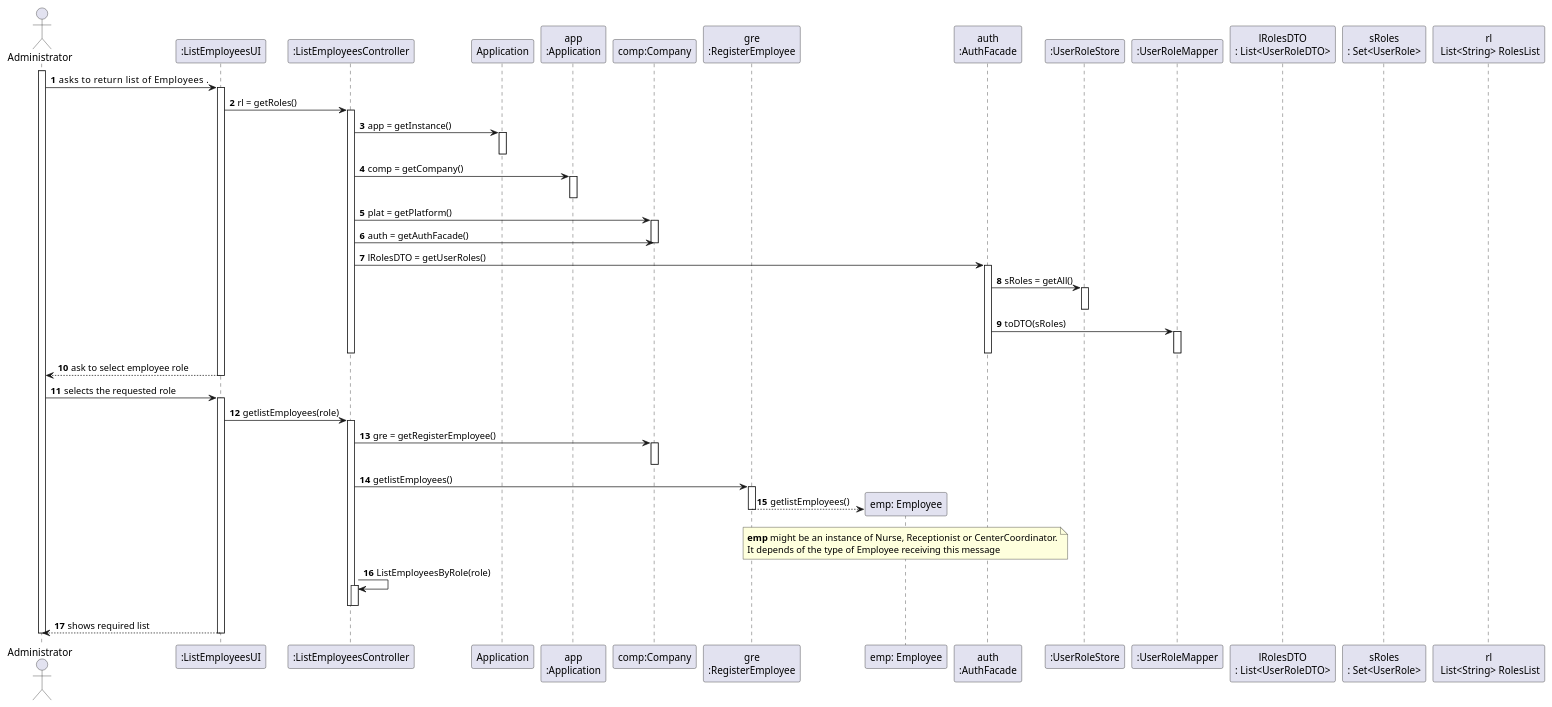
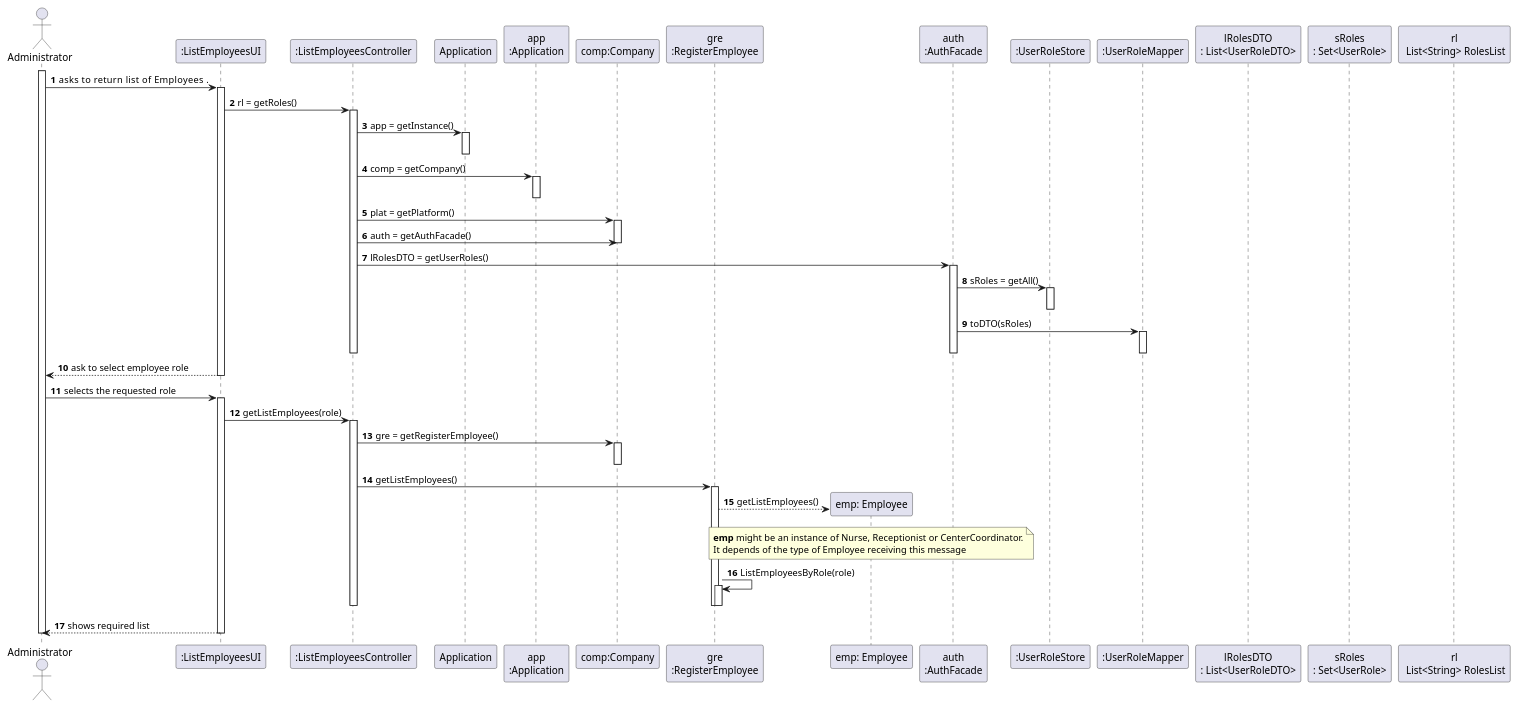
One commit to diogonapoles/isep-lapr2 changed the diagram in docs/SprintB/UserStories/US11/US11_SD.puml. Above: the diagram before and after it, drawn with PlantUML. The commit also changed 4 other files, not shown here.

```diff
--- a/docs/SprintB/UserStories/US11/US11_SD.puml
+++ b/docs/SprintB/UserStories/US11/US11_SD.puml
@@ -1,102 +1,103 @@
 @startuml
 autonumber
 actor "Administrator" as ADM
 
 
 participant ":ListEmployeesUI" as UI
 participant ":ListEmployeesController" as CTRL
 participant ":ListEmployeesUI" as UI
 participant ":ListEmployeesController" as CTRL
 participant "Application" as APP
 participant "app\n:Application" as App
 participant "comp:Company" as COMP
 participant "gre\n:RegisterEmployee" as RE
 participant "emp: Employee" as EMP
 participant "auth\n:AuthFacade" as AF
 participant ":UserRoleStore" as URS
 participant ":UserRoleMapper" as URM
 participant "lRolesDTO\n: List<UserRoleDTO>" as lRDTO
 participant "sRoles\n: Set<UserRole>" as SR
 participant "rl\n List<String> RolesList" as rl
 
 
 activate ADM
 
 ADM -> UI : asks to return list of Employees     .
 activate UI
 
 UI -> CTRL : rl = getRoles()
 activate CTRL
 
 CTRL -> APP : app = getInstance()
 activate APP
 deactivate APP
 
 CTRL -> App : comp = getCompany()
 activate App
 deactivate App
 
 CTRL -> COMP : plat = getPlatform()
 activate COMP
 
 CTRL -> COMP: auth = getAuthFacade()
 deactivate COMP
 
 CTRL -> AF : lRolesDTO = getUserRoles()
 activate AF
 
 AF -> URS : sRoles = getAll()
 activate URS
 deactivate URS
 
 AF -> URM :  toDTO(sRoles)
 activate URM
 
 deactivate URM
 deactivate AF
 deactivate CTRL
 
 UI --> ADM : ask to select employee role
 deactivate UI
 
 
 
 ADM -> UI : selects the requested role
 activate UI
 
 
 
-UI -> CTRL : getlistEmployees(role)
+UI -> CTRL : getListEmployees(role)
 activate CTRL
 
 CTRL -> COMP : gre = getRegisterEmployee()
 activate COMP
 deactivate COMP
 
-CTRL -> RE : getlistEmployees()
+CTRL -> RE : getListEmployees()
 activate RE
 
 
-RE --> EMP** : getlistEmployees()
+RE --> EMP** : getListEmployees()
 note over EMP : **emp** might be an instance of Nurse, Receptionist or CenterCoordinator.\nIt depends of the type of Employee receiving this message
 
+
+RE -> RE : ListEmployeesByRole(role)
+activate RE
 deactivate RE
-CTRL -> CTRL : ListEmployeesByRole(role)
-activate CTRL
-Deactivate CTRL
+deactivate RE
 
 
 
 
 
 deactivate CTRL
 deactivate RE
 
 UI --> ADM : shows required list
 deactivate UI
 
 
 
 deactivate ADM
 
 @enduml
```
